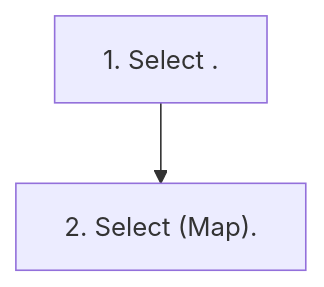
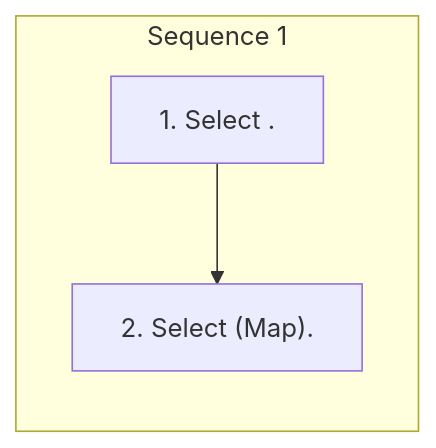
Before and after one commit to Chieko-Y/my-spec-generator: the diagram in workspace/subaru/ascent-2026/ivi/published/navigation-system-if-equipped/1-map-screen-overview.md, drawn with Mermaid. The commit also changed other lines of this file and 268 other files, not shown here.

````diff
--- a/workspace/subaru/ascent-2026/ivi/published/navigation-system-if-equipped/1-map-screen-overview.md
+++ b/workspace/subaru/ascent-2026/ivi/published/navigation-system-if-equipped/1-map-screen-overview.md
@@ -14,6 +14,9 @@
 ```mermaid
 flowchart TD
-    S1["1. Select ."]
-    S2["2. Select (Map)."]
-    S1 --> S2
+    subgraph SEQ1["Sequence 1"]
+    direction TB
+    S1_1["1. Select ."]
+    S1_2["2. Select (Map)."]
+    S1_1 --> S1_2
+    end
 ```
````
